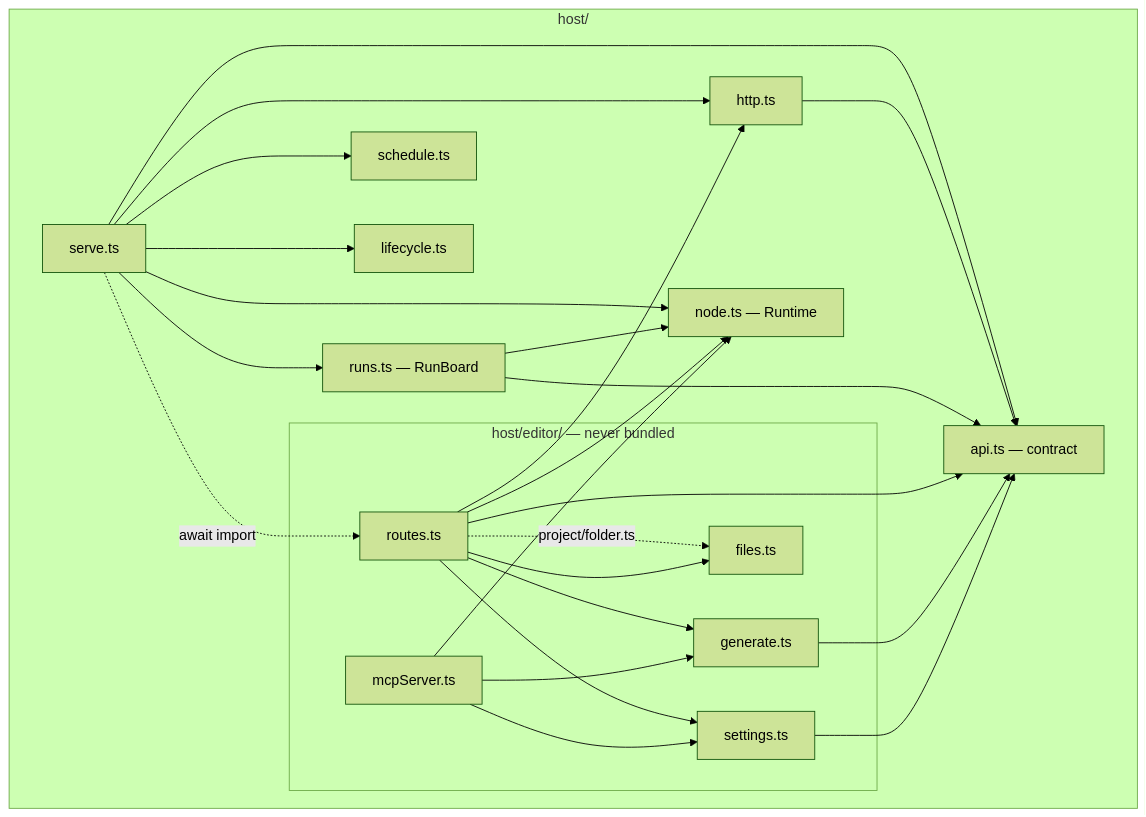
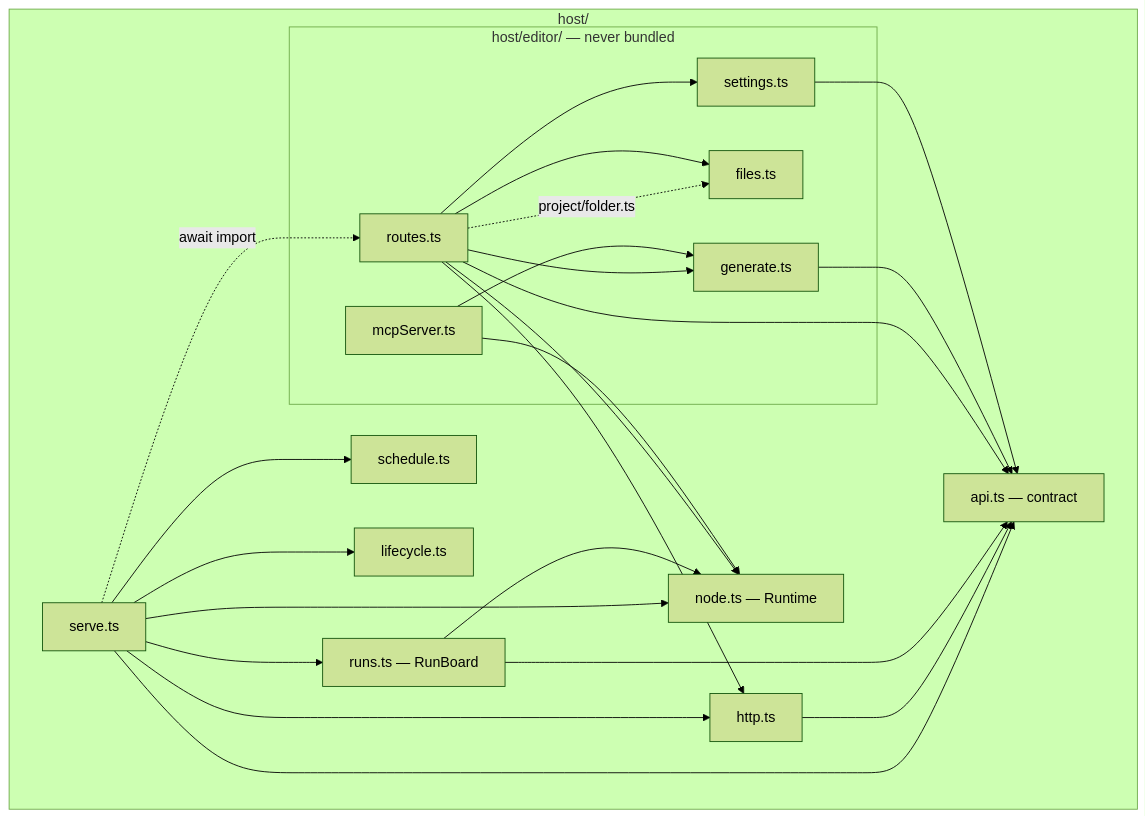
The seventh of 8 diagrams in arch/overview.md (Archimedes79/AI_Graph), drawn with Mermaid (forest theme) before and after one commit. The commit also changed 5 other files, not shown here.

First line of the commit message:
docs: what the MCP server writes, what a served graph is for, where flow is

````diff
--- a/arch/overview.md
+++ b/arch/overview.md
@@ -387,42 +387,41 @@
 ```mermaid
 flowchart TD
   subgraph host["host/"]
     Api["api.ts — contract"]
     Http["http.ts"]
     Serve["serve.ts"]
     Runs["runs.ts — RunBoard"]
     Schedule["schedule.ts"]
     Lifecycle["lifecycle.ts"]
     Node["node.ts — Runtime"]
     subgraph editor["host/editor/ — never bundled"]
       Routes["routes.ts"]
       Generate["generate.ts"]
       Settings["settings.ts"]
       Files["files.ts"]
       Mcp["mcpServer.ts"]
     end
   end
 
   Serve --> Api
   Serve --> Http
   Serve --> Runs
   Serve --> Schedule
   Serve --> Lifecycle
   Serve --> Node
   Serve -. "await import" .-> Routes
   Http --> Api
   Runs --> Api
   Runs --> Node
   Routes --> Api
   Routes --> Http
   Routes --> Node
   Routes --> Generate
   Routes -. "project/folder.ts" .-> Files
   Routes --> Settings
   Routes --> Files
   Generate --> Api
   Settings --> Api
   Mcp --> Generate
-  Mcp --> Settings
   Mcp --> Node
 ```
````
